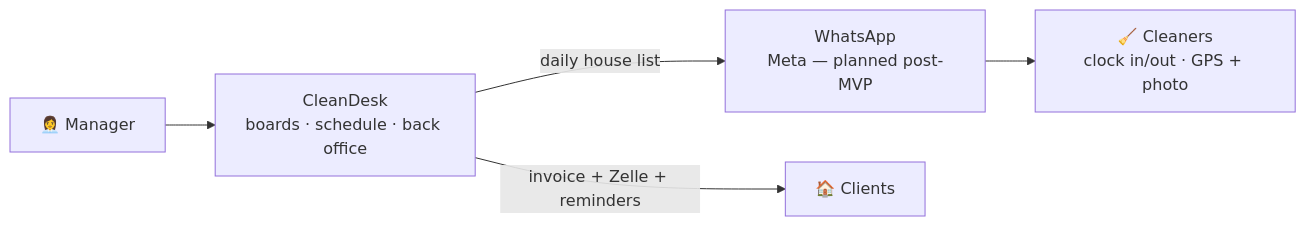
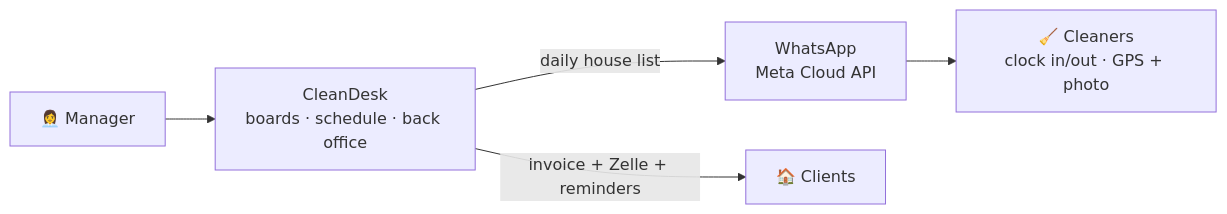
One commit to willgouveiaa/willgouveiaa changed diagram 11 of 11 in README.md. Above: the diagram before and after it, drawn with Mermaid. The commit also changed other lines of this file, not shown here.

````diff
--- a/README.md
+++ b/README.md
@@ -374,7 +373,7 @@
 ```mermaid
 flowchart LR
     MGR["👩‍💼 Manager"] --> CD["CleanDesk<br/>boards · schedule · back office"]
-    CD -->|daily house list| WA["WhatsApp<br/>Meta — planned post-MVP"]
+    CD -->|daily house list| WA["WhatsApp<br/>Meta Cloud API"]
     WA --> CLN["🧹 Cleaners<br/>clock in/out · GPS + photo"]
     CD -->|invoice + Zelle + reminders| CLI["🏠 Clients"]
 ```
````
